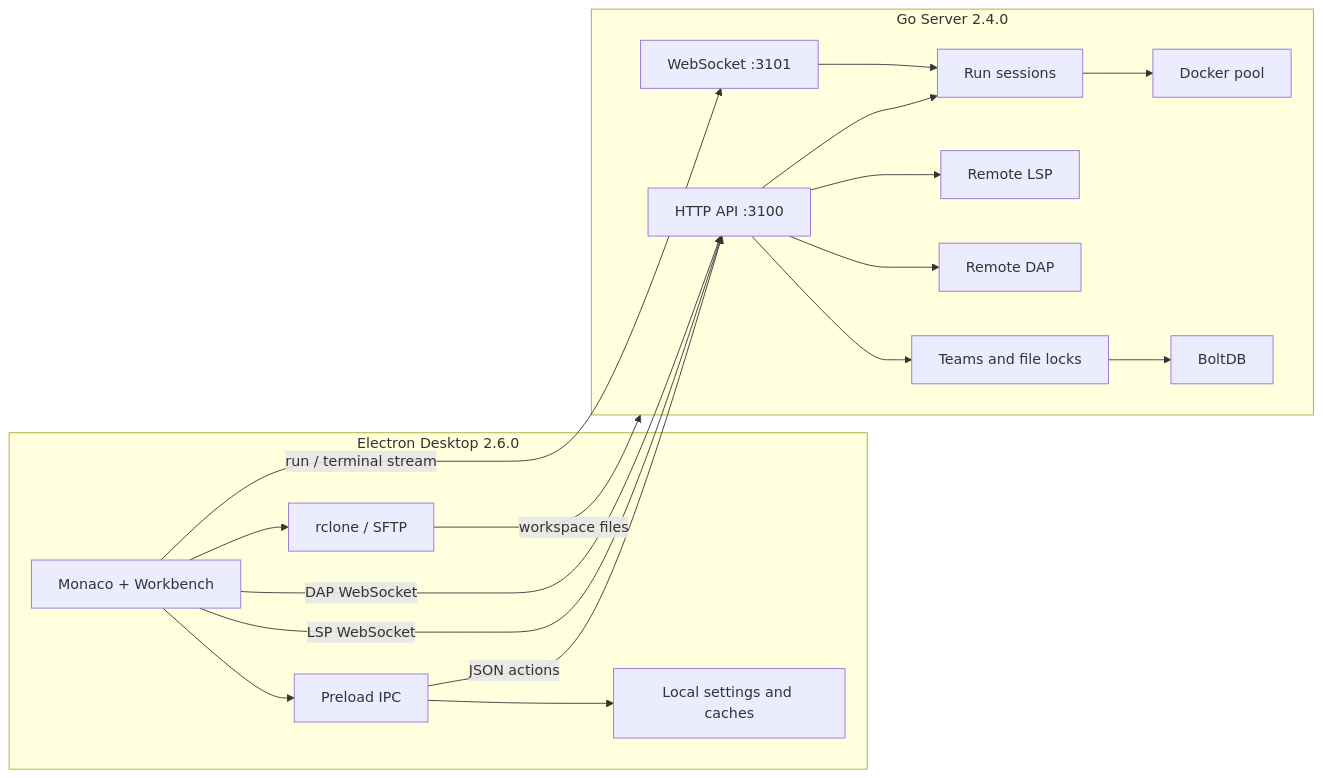
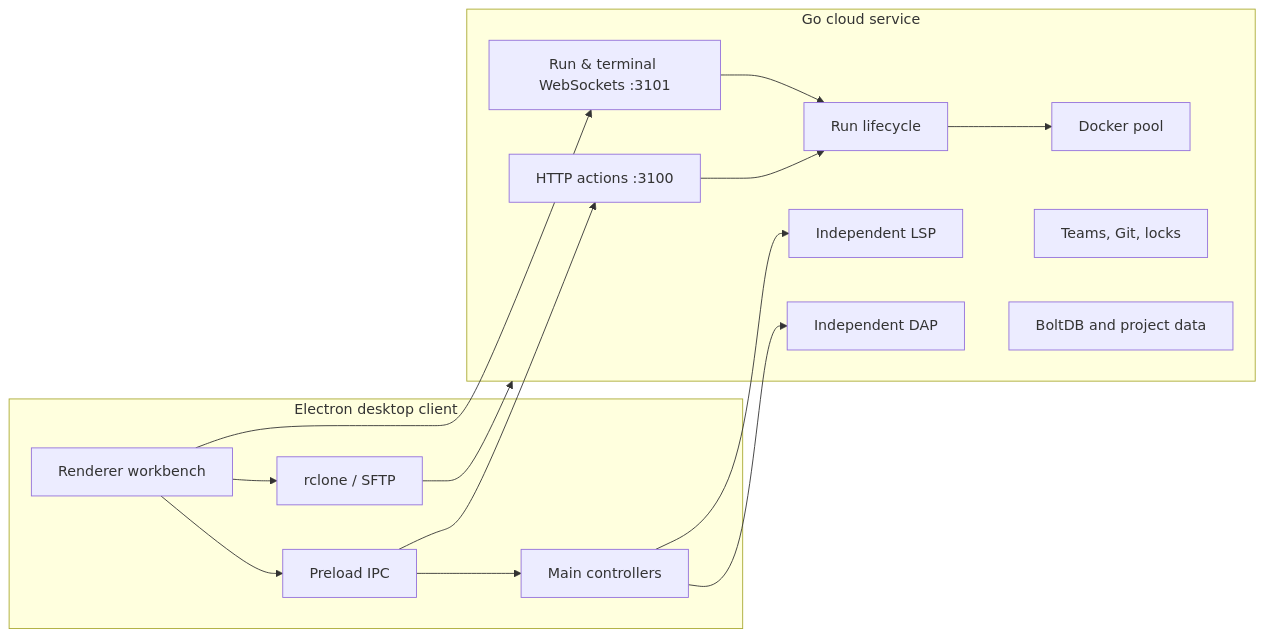
Before and after one commit to NemophilistJohn/BOBOcloud-A-cloud-based-remote-compilation-platform: the diagram in README.md, drawn with Mermaid. The commit also changed other lines of this file and 30 other files, not shown here.

````diff
--- a/README.md
+++ b/README.md
@@ -51,34 +127,20 @@
 ```mermaid
 flowchart LR
-  subgraph Desktop["Electron Desktop 2.6.0"]
-    UI["Monaco + Workbench"]
-    IPC["Preload IPC"]
-    Sync["rclone / SFTP"]
-    Local["Local settings and caches"]
-    UI --> IPC
-    UI --> Sync
-    IPC --> Local
+  subgraph Desktop["Electron desktop client"]
+    Renderer["Renderer workbench"] --> Preload["Preload IPC"] --> Main["Main controllers"]
+    Renderer --> Sync["rclone / SFTP"]
   end
-
-  subgraph Server["Go Server 2.4.0"]
-    HTTP["HTTP API :3100"]
-    WS["WebSocket :3101"]
-    Session["Run sessions"]
-    Pool["Docker pool"]
-    LSP["Remote LSP"]
-    DAP["Remote DAP"]
-    Collab["Teams and file locks"]
-    DB["BoltDB"]
-    HTTP --> Session --> Pool
-    WS --> Session
-    HTTP --> Collab --> DB
-    HTTP --> LSP
-    HTTP --> DAP
+  subgraph Service["Go cloud service"]
+    HTTP["HTTP actions :3100"] --> Sessions["Run lifecycle"] --> Docker["Docker pool"]
+    WS["Run & terminal WebSockets :3101"] --> Sessions
+    LSP["Independent LSP"]
+    DAP["Independent DAP"]
+    Collab["Teams, Git, locks"]
+    Store["BoltDB and project data"]
   end
-
-  Sync -->|workspace files| Server
-  IPC -->|JSON actions| HTTP
-  UI -->|run / terminal stream| WS
-  UI -->|LSP WebSocket| HTTP
-  UI -->|DAP WebSocket| HTTP
+  Sync --> Service
+  Preload --> HTTP
+  Renderer --> WS
+  Main --> LSP
+  Main --> DAP
 ```
````
